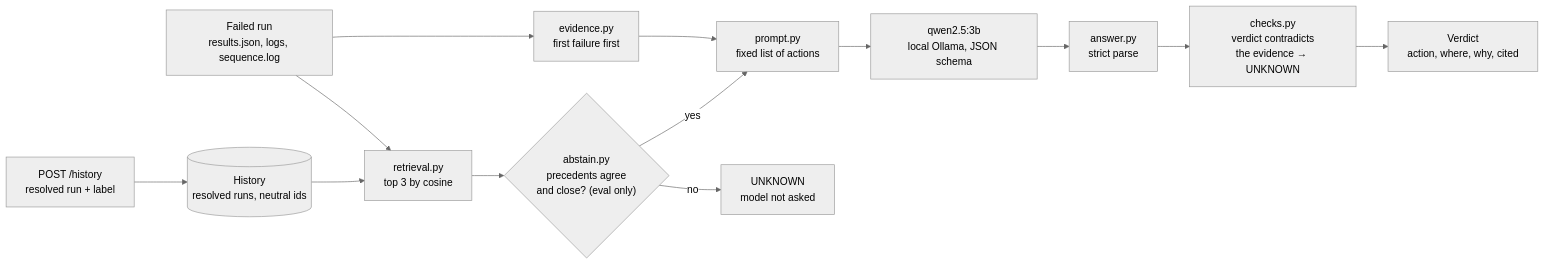
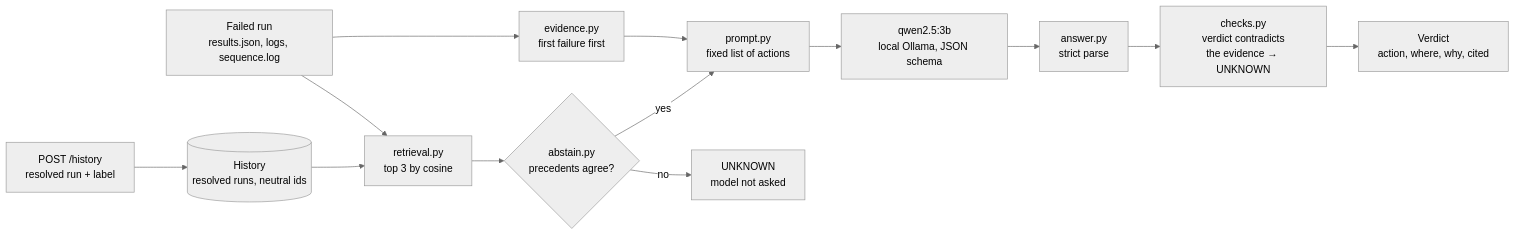
Before and after one commit to kaustubhagarwal18/virtual-rf-testbench: the fifth of 6 diagrams in docs/ARCHITECTURE.md, drawn with Mermaid (neutral theme). The commit also changed other lines of this file and 10 other files, not shown here.

````diff
--- a/docs/ARCHITECTURE.md
+++ b/docs/ARCHITECTURE.md
@@ -212,15 +212,15 @@
 ```mermaid
 flowchart LR
     run["Failed run<br/>results.json, logs, sequence.log"] --> ev["evidence.py<br/>first failure first"]
     hist[("History<br/>resolved runs, neutral ids")] --> ret["retrieval.py<br/>top 3 by cosine"]
     run --> ret
     ev --> pr["prompt.py<br/>fixed list of actions"]
-    ret --> gate{"abstain.py<br/>precedents agree<br/>and close? (eval only)"}
+    ret --> gate{"abstain.py<br/>precedents agree?"}
     gate -- yes --> pr
     gate -- no --> unk["UNKNOWN<br/>model not asked"]
     pr --> llm["qwen2.5:3b<br/>local Ollama, JSON schema"]
     llm --> an["answer.py<br/>strict parse"]
     an --> chk["checks.py<br/>verdict contradicts<br/>the evidence → UNKNOWN"]
     chk --> verdict["Verdict<br/>action, where, why, cited"]
     api["POST /history<br/>resolved run + label"] --> hist
 ```
````
